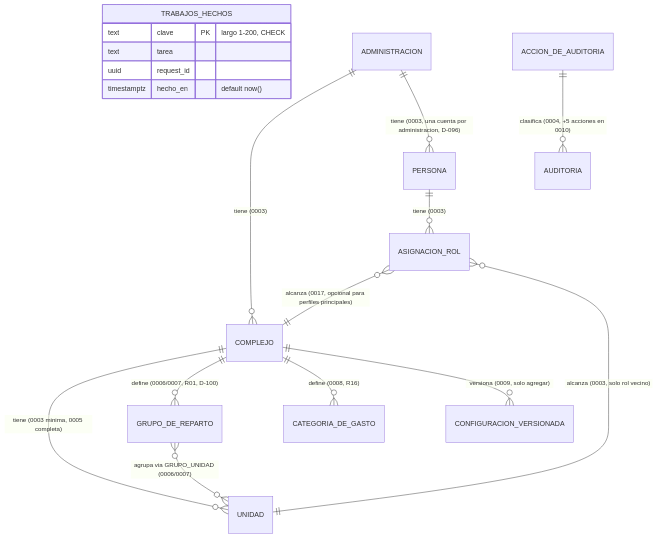
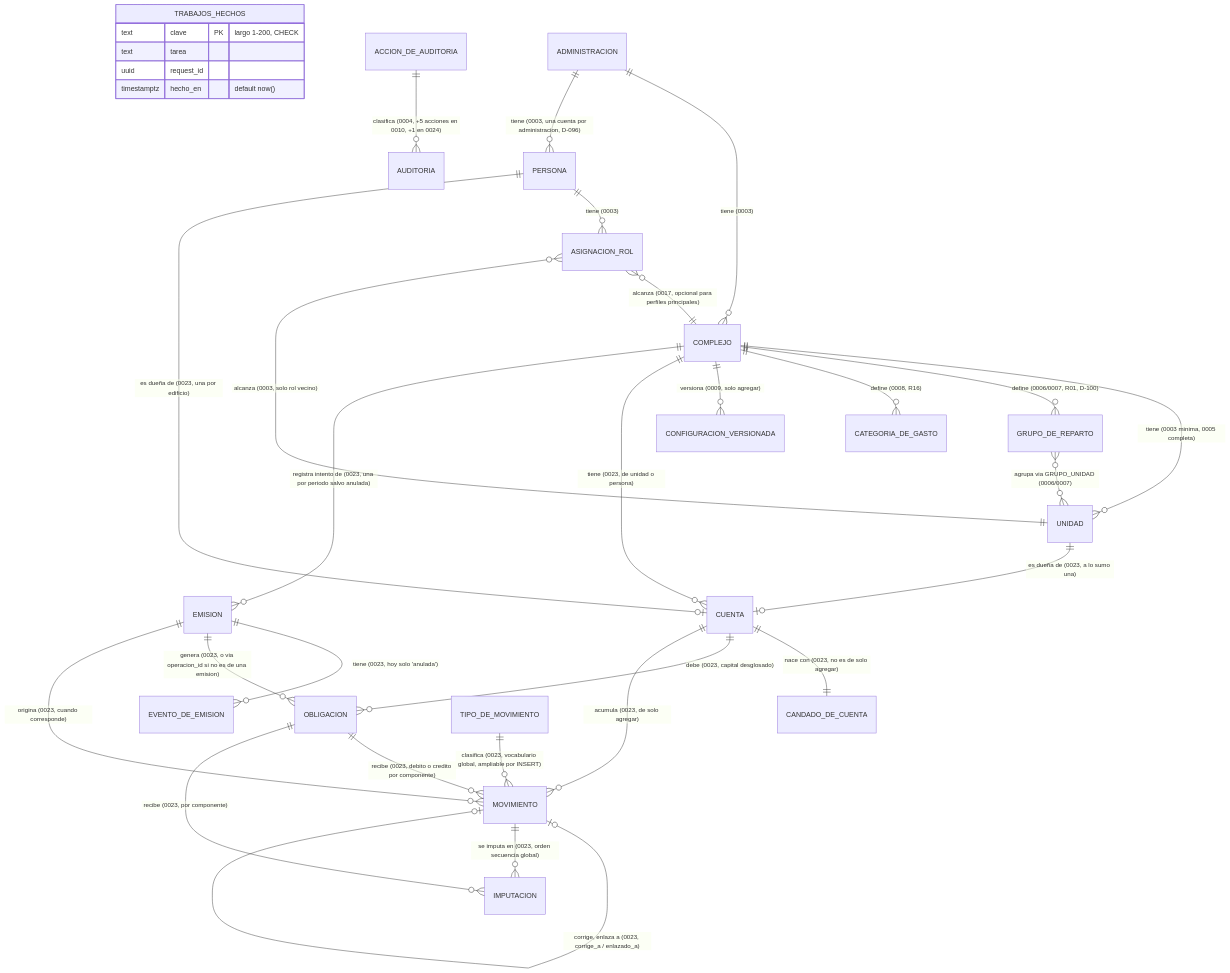
Before and after one commit to JuaniSarmiento/proptech: the first of 2 diagrams in knowledge-base/04_modelo_de_datos.md, drawn with Mermaid. The commit also changed other lines of this file and 12 other files, not shown here.

First line of the commit message:
docs(kb): cerrar el 4b libro-de-movimientos en la base y el roadmap

````diff
--- a/knowledge-base/04_modelo_de_datos.md
+++ b/knowledge-base/04_modelo_de_datos.md
@@ -45,20 +53,35 @@
 ```mermaid
 erDiagram
     TRABAJOS_HECHOS {
         text clave PK "largo 1-200, CHECK"
         text tarea
         uuid request_id
         timestamptz hecho_en "default now()"
     }
     ADMINISTRACION ||--o{ COMPLEJO : "tiene (0003)"
     ADMINISTRACION ||--o{ PERSONA : "tiene (0003, una cuenta por administracion, D-096)"
     COMPLEJO ||--o{ UNIDAD : "tiene (0003 minima, 0005 completa)"
     COMPLEJO ||--o{ GRUPO_DE_REPARTO : "define (0006/0007, R01, D-100)"
     GRUPO_DE_REPARTO }o--o{ UNIDAD : "agrupa via GRUPO_UNIDAD (0006/0007)"
     COMPLEJO ||--o{ CATEGORIA_DE_GASTO : "define (0008, R16)"
     COMPLEJO ||--o{ CONFIGURACION_VERSIONADA : "versiona (0009, solo agregar)"
     PERSONA ||--o{ ASIGNACION_ROL : "tiene (0003)"
     ASIGNACION_ROL }o--|| COMPLEJO : "alcanza (0017, opcional para perfiles principales)"
     ASIGNACION_ROL }o--|| UNIDAD : "alcanza (0003, solo rol vecino)"
-    ACCION_DE_AUDITORIA ||--o{ AUDITORIA : "clasifica (0004, +5 acciones en 0010)"
+    ACCION_DE_AUDITORIA ||--o{ AUDITORIA : "clasifica (0004, +5 acciones en 0010, +1 en 0024)"
+    COMPLEJO ||--o{ CUENTA : "tiene (0023, de unidad o persona)"
+    UNIDAD ||--o| CUENTA : "es dueña de (0023, a lo sumo una)"
+    PERSONA ||--o| CUENTA : "es dueña de (0023, una por edificio)"
+    CUENTA ||--|| CANDADO_DE_CUENTA : "nace con (0023, no es de solo agregar)"
+    COMPLEJO ||--o{ EMISION : "registra intento de (0023, una por periodo salvo anulada)"
+    EMISION ||--o{ EVENTO_DE_EMISION : "tiene (0023, hoy solo 'anulada')"
+    CUENTA ||--o{ OBLIGACION : "debe (0023, capital desglosado)"
+    EMISION ||--o{ OBLIGACION : "genera (0023, o via operacion_id si no es de una emision)"
+    CUENTA ||--o{ MOVIMIENTO : "acumula (0023, de solo agregar)"
+    EMISION ||--o{ MOVIMIENTO : "origina (0023, cuando corresponde)"
+    OBLIGACION ||--o{ MOVIMIENTO : "recibe (0023, debito o credito por componente)"
+    MOVIMIENTO |o--o| MOVIMIENTO : "corrige, enlaza a (0023, corrige_a / enlazado_a)"
+    MOVIMIENTO ||--o{ IMPUTACION : "se imputa en (0023, orden secuencia global)"
+    OBLIGACION ||--o{ IMPUTACION : "recibe (0023, por componente)"
+    TIPO_DE_MOVIMIENTO ||--o{ MOVIMIENTO : "clasifica (0023, vocabulario global, ampliable por INSERT)"
 ```
````
